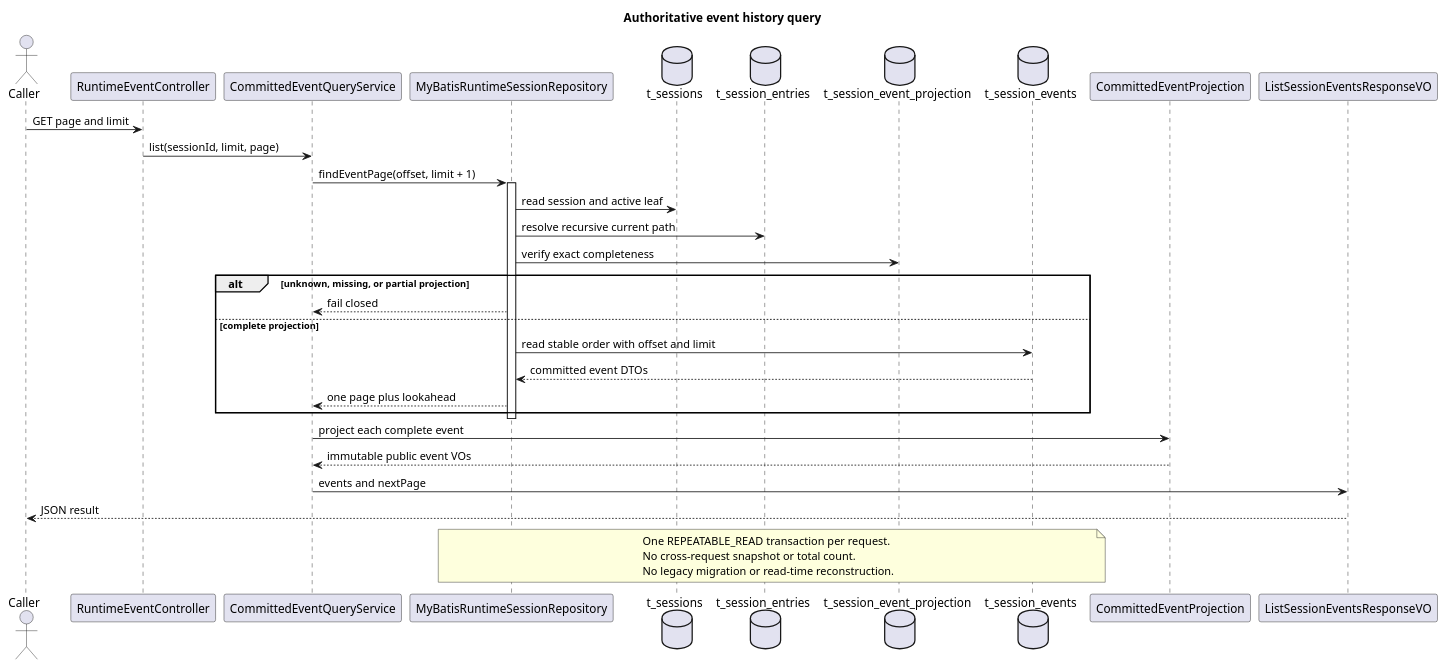
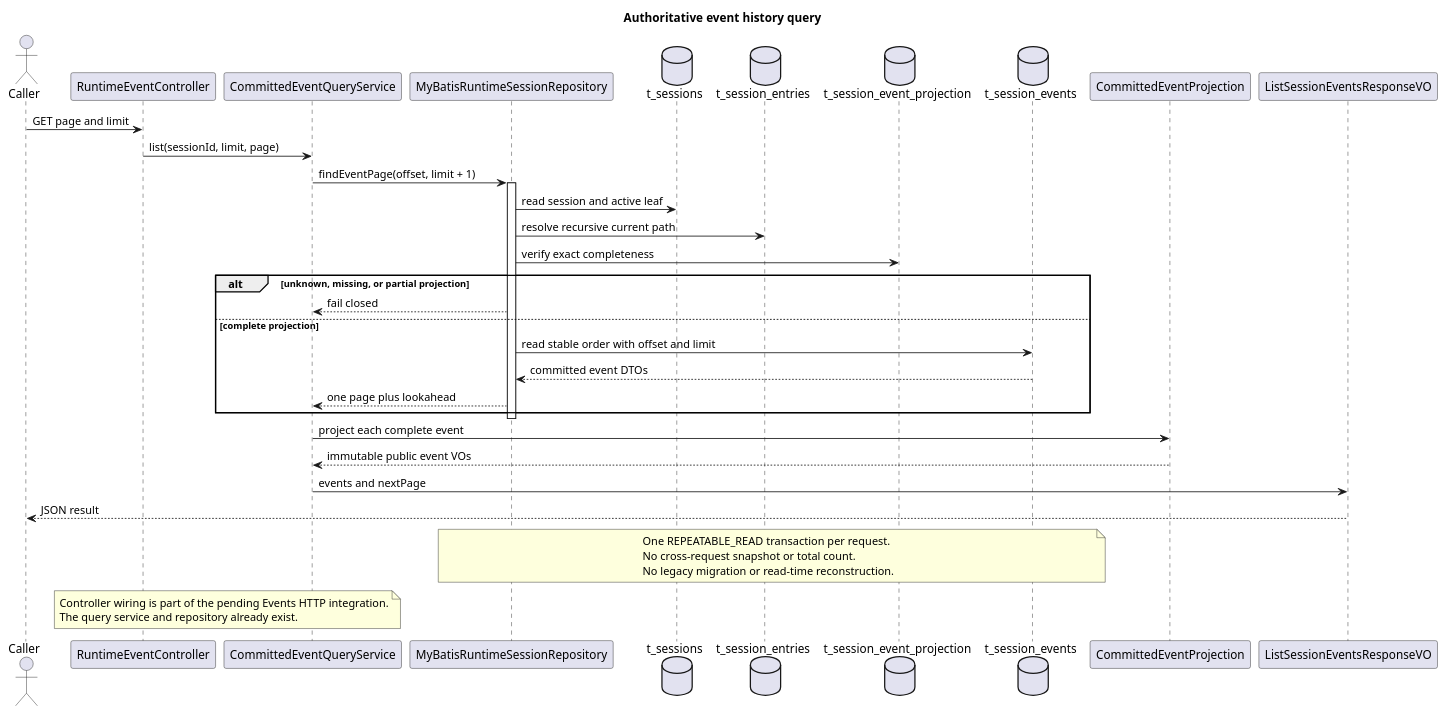
Before and after one commit to 2862282695gjh-afk/pi-mono-java: the diagram in docs/designs/runtime-event-history-v2/diagram.puml, drawn with PlantUML. The commit also changed 1 other file, not shown here.

Commit message:
docs(runtime): 明确历史查询接口接入边界

```diff
--- a/docs/designs/runtime-event-history-v2/diagram.puml
+++ b/docs/designs/runtime-event-history-v2/diagram.puml
@@ -1,51 +1,56 @@
 @startuml query_pipeline
 title Authoritative event history query
 ' Source baseline: pi-mono-java 17f91e20
 ' Source: modules/coding-agent-cli/src/main/java/com/campusclaw/codingagent/runtimeapi/event/CommittedEventQueryService.java#list
 ' Source: modules/coding-agent-cli/src/main/java/com/campusclaw/codingagent/runtimeapi/persistence/MyBatisRuntimeSessionRepository.java#findEventPage
 ' Source: modules/coding-agent-cli/src/main/resources/mapper/session/RuntimeSessionMapper.xml#countUnmappedCurrentBranchEntries
 ' Source: modules/coding-agent-cli/src/main/resources/db/gaussdb/install/session_schema.sql
 ' Observed behavior: current-version writers persist exact public-event markers atomically.
 ' Product constraint: the first release supports fresh installation only and has no legacy migration.
 ' Design reason: history reads fail closed on incomplete current-version projections.
 ' Pi baseline: 5cd93f688aaab89dbb6dfa4aca535f21796ae185
 ' Pi source: packages/agent/src/agent-loop.ts#runAgentLoop
 ' Pi source: packages/agent/src/agent-loop.ts#prepareToolCall
 ' Java divergence: pi has no CampusClaw current-branch HTTP history store.
+' Target integration: the Controller delegates to the current query service only after the Events HTTP switch.
 actor Caller
 participant RuntimeEventController
 participant CommittedEventQueryService
 participant MyBatisRuntimeSessionRepository
 database t_sessions
 database t_session_entries
 database t_session_event_projection
 database t_session_events
 participant CommittedEventProjection
 participant ListSessionEventsResponseVO
 
 Caller -> RuntimeEventController : GET page and limit
 RuntimeEventController -> CommittedEventQueryService : list(sessionId, limit, page)
 CommittedEventQueryService -> MyBatisRuntimeSessionRepository : findEventPage(offset, limit + 1)
 activate MyBatisRuntimeSessionRepository
 MyBatisRuntimeSessionRepository -> t_sessions : read session and active leaf
 MyBatisRuntimeSessionRepository -> t_session_entries : resolve recursive current path
 MyBatisRuntimeSessionRepository -> t_session_event_projection : verify exact completeness
 alt unknown, missing, or partial projection
   MyBatisRuntimeSessionRepository --> CommittedEventQueryService : fail closed
 else complete projection
   MyBatisRuntimeSessionRepository -> t_session_events : read stable order with offset and limit
   t_session_events --> MyBatisRuntimeSessionRepository : committed event DTOs
   MyBatisRuntimeSessionRepository --> CommittedEventQueryService : one page plus lookahead
 end
 deactivate MyBatisRuntimeSessionRepository
 CommittedEventQueryService -> CommittedEventProjection : project each complete event
 CommittedEventProjection --> CommittedEventQueryService : immutable public event VOs
 CommittedEventQueryService -> ListSessionEventsResponseVO : events and nextPage
 ListSessionEventsResponseVO --> Caller : JSON result
 
 note over MyBatisRuntimeSessionRepository,t_session_events
   One REPEATABLE_READ transaction per request.
   No cross-request snapshot or total count.
   No legacy migration or read-time reconstruction.
 end note
+note over RuntimeEventController,CommittedEventQueryService
+  Controller wiring is part of the pending Events HTTP integration.
+  The query service and repository already exist.
+end note
 @enduml
```
